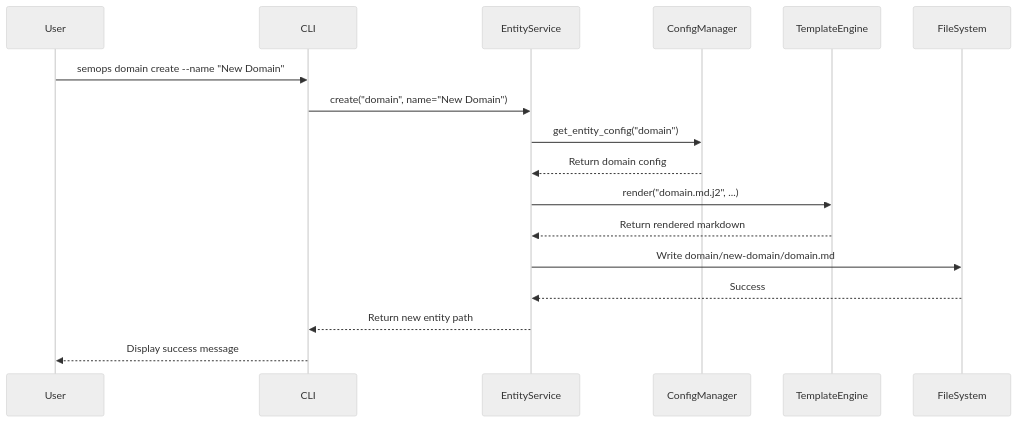
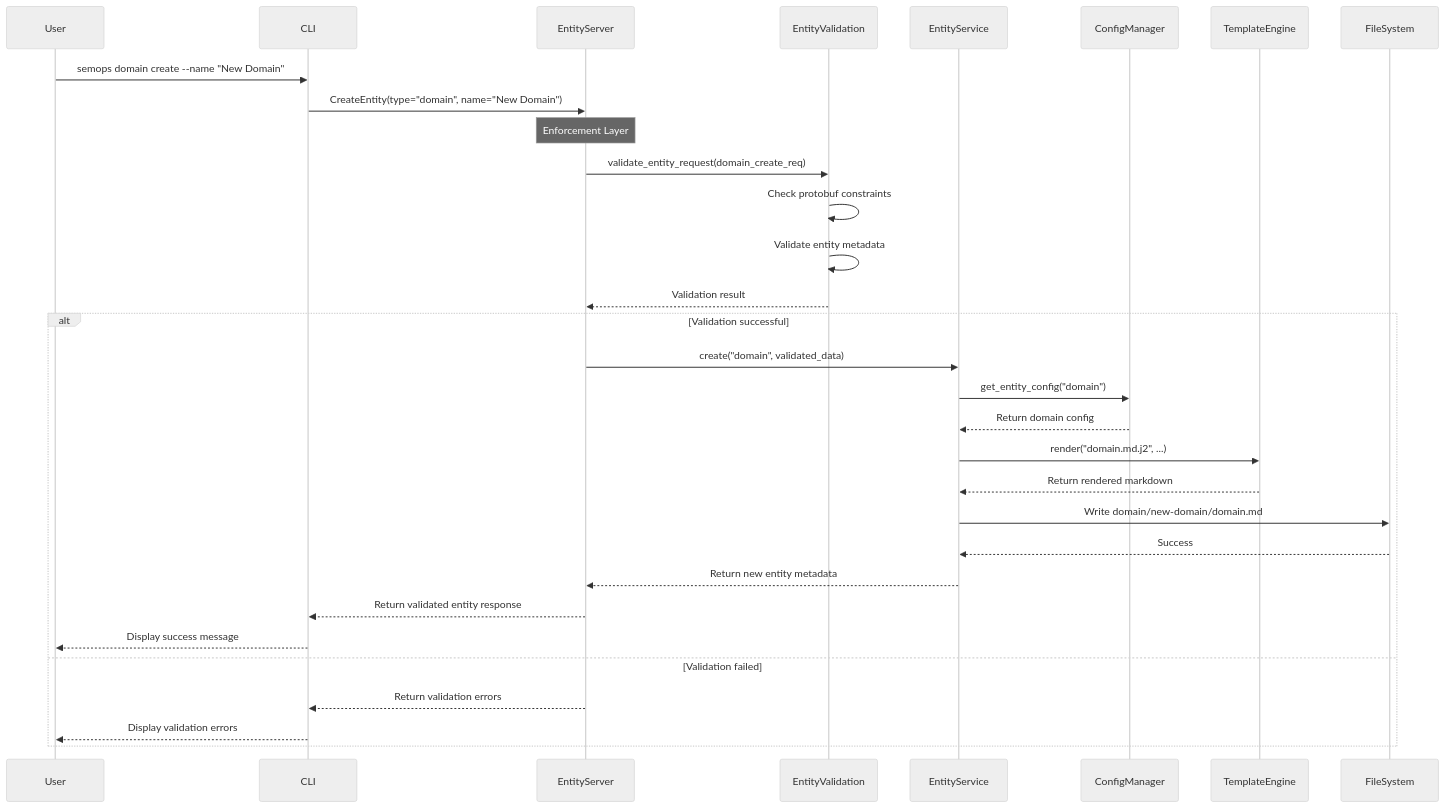
The second of 4 diagrams in docs/ARCHITECTURE_VISUALIZATION.md (the-greenman/semops2), drawn with Mermaid (neutral theme) before and after one commit. The commit also changed other lines of this file and 35 other files, not shown here.

````diff
--- a/docs/ARCHITECTURE_VISUALIZATION.md
+++ b/docs/ARCHITECTURE_VISUALIZATION.md
@@ -75,20 +104,36 @@
 ```mermaid
 sequenceDiagram
     participant User
     participant CLI
+    participant EntityServer
+    participant EntityValidation
     participant EntityService
     participant ConfigManager
     participant TemplateEngine
     participant FileSystem
 
     User->>CLI: semops domain create --name "New Domain"
-    CLI->>EntityService: create("domain", name="New Domain")
-    EntityService->>ConfigManager: get_entity_config("domain")
-    ConfigManager-->>EntityService: Return domain config
-    EntityService->>TemplateEngine: render("domain.md.j2", ...)
-    TemplateEngine-->>EntityService: Return rendered markdown
-    EntityService->>FileSystem: Write domain/new-domain/domain.md
-    FileSystem-->>EntityService: Success
-    EntityService-->>CLI: Return new entity path
-    CLI-->>User: Display success message
+    CLI->>EntityServer: CreateEntity(type="domain", name="New Domain")
+
+    Note over EntityServer: Enforcement Layer
+    EntityServer->>EntityValidation: validate_entity_request(domain_create_req)
+    EntityValidation->>EntityValidation: Check protobuf constraints
+    EntityValidation->>EntityValidation: Validate entity metadata
+    EntityValidation-->>EntityServer: Validation result
+
+    alt Validation successful
+        EntityServer->>EntityService: create("domain", validated_data)
+        EntityService->>ConfigManager: get_entity_config("domain")
+        ConfigManager-->>EntityService: Return domain config
+        EntityService->>TemplateEngine: render("domain.md.j2", ...)
+        TemplateEngine-->>EntityService: Return rendered markdown
+        EntityService->>FileSystem: Write domain/new-domain/domain.md
+        FileSystem-->>EntityService: Success
+        EntityService-->>EntityServer: Return new entity metadata
+        EntityServer-->>CLI: Return validated entity response
+        CLI-->>User: Display success message
+    else Validation failed
+        EntityServer-->>CLI: Return validation errors
+        CLI-->>User: Display validation errors
+    end
 ```
````
